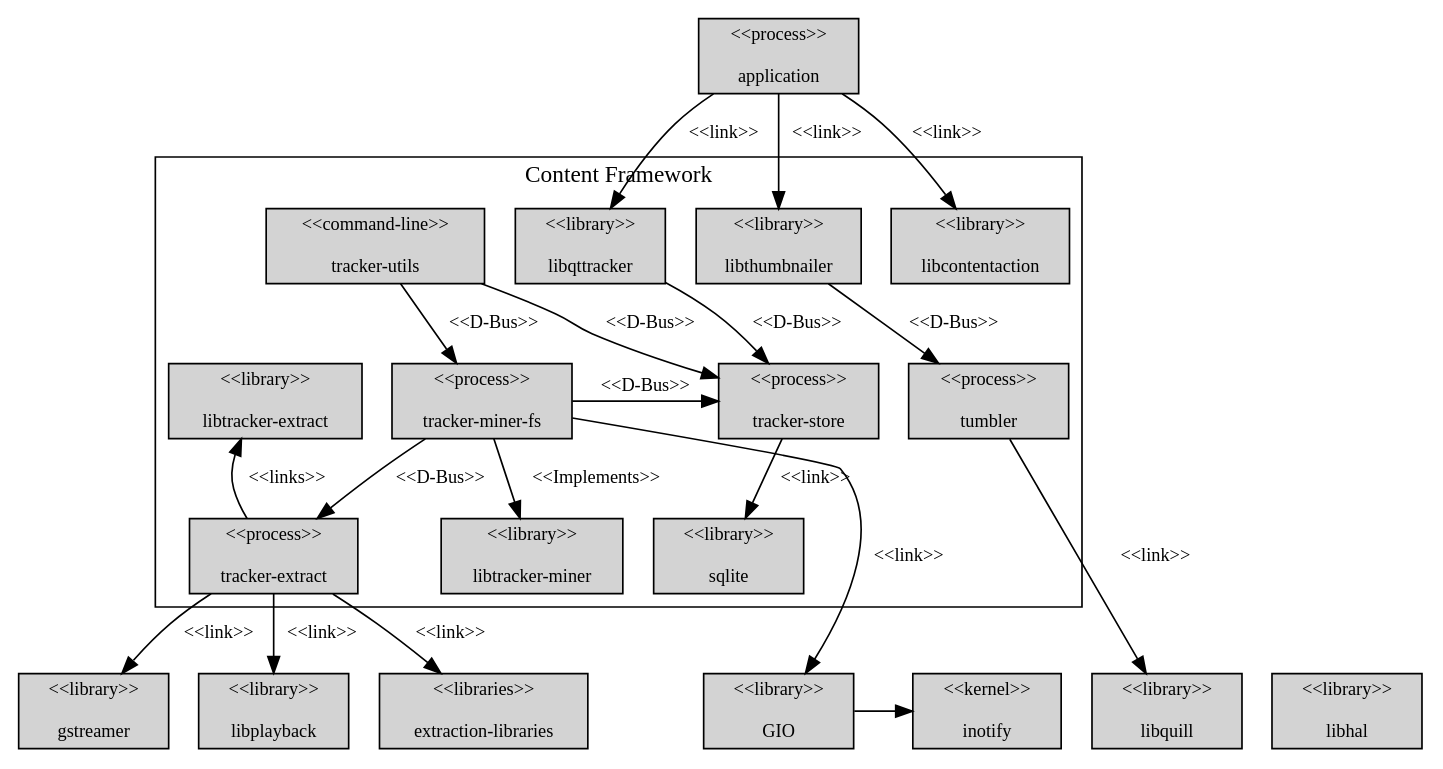
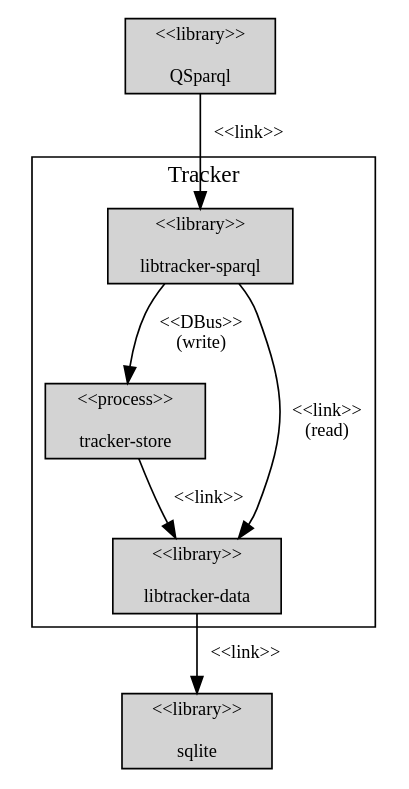
Before and after one commit to GNOME/tinysparql: the diagram in docs/design/tracker-structural-view.dot, drawn with Graphviz. The commit also changed 1 other file, not shown here.

Commit message:
Documentation: updated structural diagrams of tracker and Content FW

```diff
--- a/docs/design/tracker-structural-view.dot
+++ b/docs/design/tracker-structural-view.dot
@@ -1,81 +1,39 @@
 /*
  * Structural view of tracker
  *
  * Generate PNG with: dot -Tpng tracker-structural-view.dot
  * View the diagram: dotty tracker-structural-view.dot
 */
 
 digraph G {
 
-  graph [size="70,100"];
+  graph [size="640,480"];
   node [shape=box, style=filled, fontsize=11];
   edge [fontsize=11];
 
   { rank=source
-    app [label="<<process>>\n\napplication"];
+    qsparql [label="<<library>>\n\nQSparql"];
   }
 
   subgraph cluster0 { 
-    label="Content Framework"
+    label="Tracker"
 
-    libqttracker [label="<<library>>\n\nlibqttracker"];
-    libthumbnailer [label="<<library>>\n\nlibthumbnailer"];
-    libcontentaction [label="<<library>>\n\nlibcontentaction"];
-    trackerutils [label="<<command-line>>\n\ntracker-utils"];
-    trackerstore [label="<<process>>\n\ntracker-store"];
-    sqlite [label="<<library>>\n\nsqlite" ];    
-
-    trackerextract [label="<<process>>\n\ntracker-extract"];
-    libtrackerextract [label="<<library>>\n\nlibtracker-extract"];
-    trackerextract -> libtrackerextract [label="<<links>>"];
-
-    trackerminerfs [label="<<process>>\n\ntracker-miner-fs"];
-    libtrackerminer [label="<<library>>\n\nlibtracker-miner"];
-
-    tumbler [label="<<process>>\n\ntumbler"];
-
-
-    {rank=same; trackerstore; trackerminerfs; libtrackerextract};
-
-    libthumbnailer -> tumbler [label="<<D-Bus>>"]
-    libqttracker -> trackerstore [label="<<D-Bus>>"]
-
-    trackerminerfs -> trackerextract [label="<<D-Bus>>"]
-    trackerminerfs -> trackerstore [label="<<D-Bus>>"]
-    trackerminerfs -> libtrackerminer [label="<<Implements>>"]
-
-    trackerutils -> trackerstore [label="<<D-Bus>>"]
-    trackerutils -> trackerminerfs [label="<<D-Bus>>"]
-    
-    trackerstore -> sqlite [label="<<link>>"]
+    libtrackersparql [label="<<library>>\n\nlibtracker-sparql"]
+    store [label="<<process>>\n\ntracker-store"]
+    libtrackerdata [label="<<library>>\n\nlibtracker-data"]
   }
 
   {
     rank=sink
-    extractionlibs [label="<<libraries>>\n\nextraction-libraries"];
-    gstreamer [label="<<library>>\n\ngstreamer"];
-    libhal [label="<<library>>\n\nlibhal"];
-    libquill [label="<<library>>\n\nlibquill"];
-    libplayback [label="<<library>>\n\nlibplayback"];
-
-    gio [label="<<library>>\n\nGIO"];
-    inotify [label="<<kernel>>\n\ninotify"];
-    gio -> inotify;
+    sqlite [label="<<library>>\n\nsqlite" ];    
   }
 
-  app -> libqttracker [label="<<link>>"]
-  app -> libthumbnailer [label="<<link>>"]
-  app -> libcontentaction [label="<<link>>"]
+  qsparql -> libtrackersparql [label="<<link>>"]
+  libtrackersparql -> store [label="<<DBus>>\n(write)"]
+  libtrackersparql -> libtrackerdata [label="<<link>>\n(read)"]
+  store -> libtrackerdata [label="<<link>>"]
+  libtrackerdata -> sqlite [label="<<link>>"]
 
-  trackerextract -> extractionlibs [label="<<link>>"]
-  trackerextract -> gstreamer [label="<<link>>"]
-  trackerextract -> libplayback [label="<<link>>"]
   
-//  trackerstore -> libhal [label="<<link>>"]
-//  trackerminerfs -> libhal [label="<<link>>"]
-  
-  trackerminerfs -> gio  [label="<<link>>"]
-
-  tumbler -> libquill [label="<<link>>"]
   
 }
```
